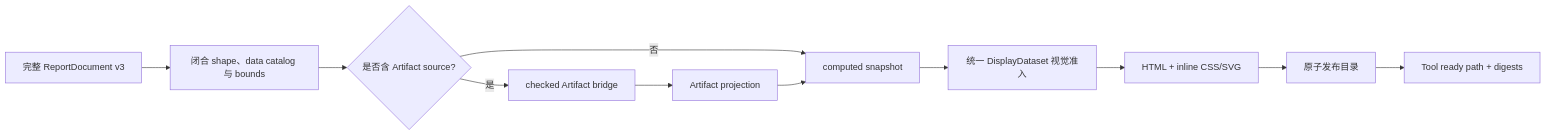
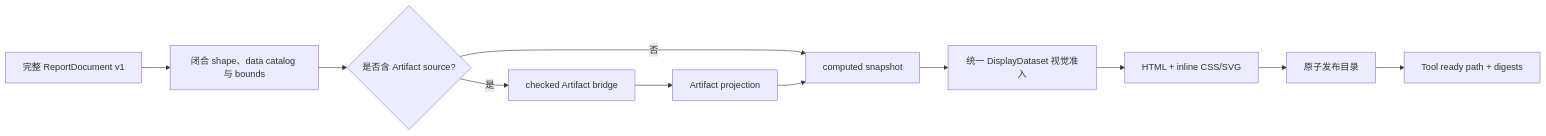
One commit to chengxianglibra/dsh-data-analysis changed the diagram in docs/modules/html-report-rendering.md. Above: the diagram before and after it, drawn with Mermaid. The commit also changed other lines of this file and 32 other files, not shown here.

````diff
--- a/docs/modules/html-report-rendering.md
+++ b/docs/modules/html-report-rendering.md
@@ -14,13 +14,13 @@
 ```mermaid
 flowchart LR
-  D[完整 ReportDocument v3] --> P[闭合 shape、data catalog 与 bounds]
+  D[完整 ReportDocument v1] --> P[闭合 shape、data catalog 与 bounds]
   P --> S{是否含 Artifact source?}
   S -- 否 --> C[computed snapshot]
   S -- 是 --> B[checked Artifact bridge]
   B --> A[Artifact projection]
   A --> C
   C --> V[统一 DisplayDataset 视觉准入]
   V --> H[HTML + inline CSS/SVG]
   H --> R[原子发布目录]
   R --> T[Tool ready path + digests]
 ```
````
